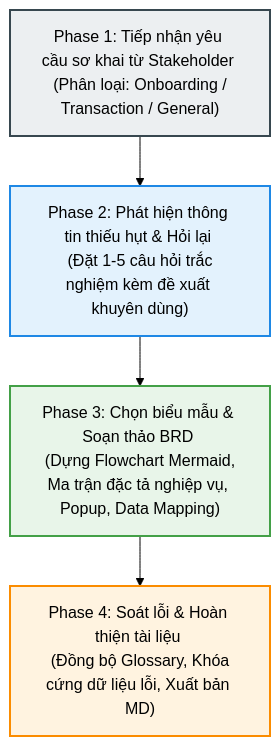
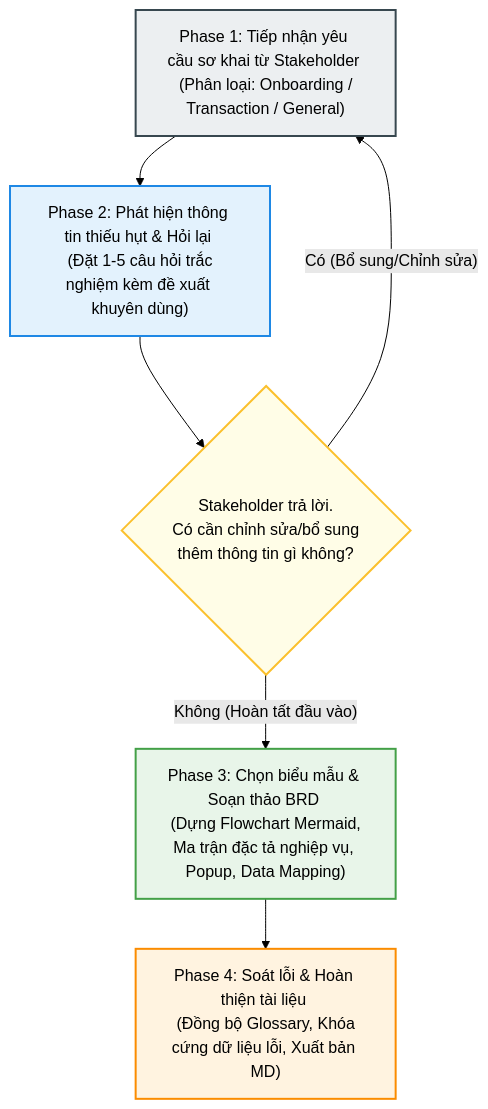
Before and after one commit to jacksparrbin/AI-Agents-BRD-: the diagram in README.md, drawn with Mermaid (forest theme). The commit also changed 3 other files, not shown here.

````diff
--- a/README.md
+++ b/README.md
@@ -58,15 +58,20 @@
 ```mermaid
 graph TD
     %% Khởi tạo Styles
     style A fill:#ECEFF1,stroke:#37474F,stroke-width:2px;
     style B fill:#E3F2FD,stroke:#1E88E5,stroke-width:2px;
-    style C fill:#E8F5E9,stroke:#43A047,stroke-width:2px;
-    style D fill:#FFF3E0,stroke:#FB8C00,stroke-width:2px;
+    style C fill:#FFFDE7,stroke:#FBC02D,stroke-width:2px;
+    style D fill:#E8F5E9,stroke:#43A047,stroke-width:2px;
+    style E fill:#FFF3E0,stroke:#FB8C00,stroke-width:2px;
 
     A["Phase 1: Tiếp nhận yêu cầu sơ khai từ Stakeholder <br> (Phân loại: Onboarding / Transaction / General)"] 
     --> B["Phase 2: Phát hiện thông tin thiếu hụt & Hỏi lại <br> (Đặt 1-5 câu hỏi trắc nghiệm kèm đề xuất khuyên dùng)"]
     
-    B --> C["Phase 3: Chọn biểu mẫu & Soạn thảo BRD <br> (Dựng Flowchart Mermaid, Ma trận đặc tả nghiệp vụ, Popup, Data Mapping)"]
+    B --> C{"Stakeholder trả lời. <br> Có cần chỉnh sửa/bổ sung <br> thêm thông tin gì không?"}
     
-    C --> D["Phase 4: Soát lỗi & Hoàn thiện tài liệu <br> (Đồng bộ Glossary, Khóa cứng dữ liệu lỗi, Xuất bản MD)"]
+    C -- "Có (Bổ sung/Chỉnh sửa)" --> A
+    
+    C -- "Không (Hoàn tất đầu vào)" --> D["Phase 3: Chọn biểu mẫu & Soạn thảo BRD <br> (Dựng Flowchart Mermaid, Ma trận đặc tả nghiệp vụ, Popup, Data Mapping)"]
+    
+    D --> E["Phase 4: Soát lỗi & Hoàn thiện tài liệu <br> (Đồng bộ Glossary, Khóa cứng dữ liệu lỗi, Xuất bản MD)"]
 ```
````
